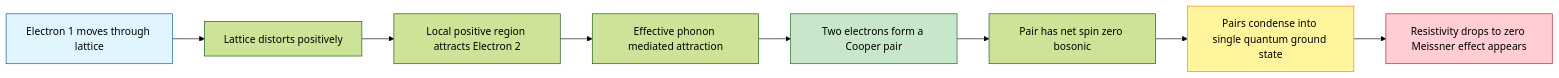
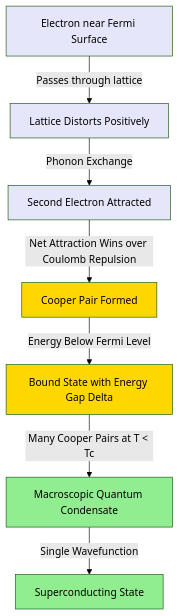
The third of 6 diagrams in public/notes/computer-science-and-engineering/semester-1/gapht121-physics-for-information-science/01-module-1-electrical-conductivity/superconductivity/notes.md (vishnuu-kr/ktunode), drawn with Mermaid (forest theme) before and after one commit. The commit also changed other lines of this file and 4829 other files, not shown here.

````diff
--- a/public/notes/computer-science-and-engineering/semester-1/gapht121-physics-for-information-science/01-module-1-electrical-conductivity/superconductivity/notes.md
+++ b/public/notes/computer-science-and-engineering/semester-1/gapht121-physics-for-information-science/01-module-1-electrical-conductivity/superconductivity/notes.md
@@ -492,15 +529,17 @@
 ```mermaid
-flowchart LR
-    A["Electron 1 moves through lattice"] --> B["Lattice distorts positively"]
-    B --> C["Local positive region attracts Electron 2"]
-    C --> D["Effective phonon mediated attraction"]
-    D --> E["Two electrons form a Cooper pair"]
-    E --> F["Pair has net spin zero bosonic"]
-    F --> G["Pairs condense into single quantum ground state"]
-    G --> H["Resistivity drops to zero Meissner effect appears"]
-
-    style A fill:#E1F5FE,stroke:#01579B
-    style E fill:#C8E6C9,stroke:#1B5E20
-    style G fill:#FFF59D,stroke:#F57F17
-    style H fill:#FFCDD2,stroke:#B71C1C
+graph TD
+    A[Electron near Fermi Surface] -->|Passes through lattice| B[Lattice Distorts Positively]
+    B -->|Phonon Exchange| C[Second Electron Attracted]
+    C -->|Net Attraction Wins over Coulomb Repulsion| D[Cooper Pair Formed]
+    D -->|Energy Below Fermi Level| E[Bound State with Energy Gap Delta]
+    E -->|Many Cooper Pairs at T < Tc| F[Macroscopic Quantum Condensate]
+    F -->|Single Wavefunction| G[Superconducting State]
+    
+    style A fill:#E6E6FA
+    style B fill:#E6E6FA
+    style C fill:#E6E6FA
+    style D fill:#FFD700
+    style E fill:#FFD700
+    style F fill:#90EE90
+    style G fill:#90EE90
 ```
````
